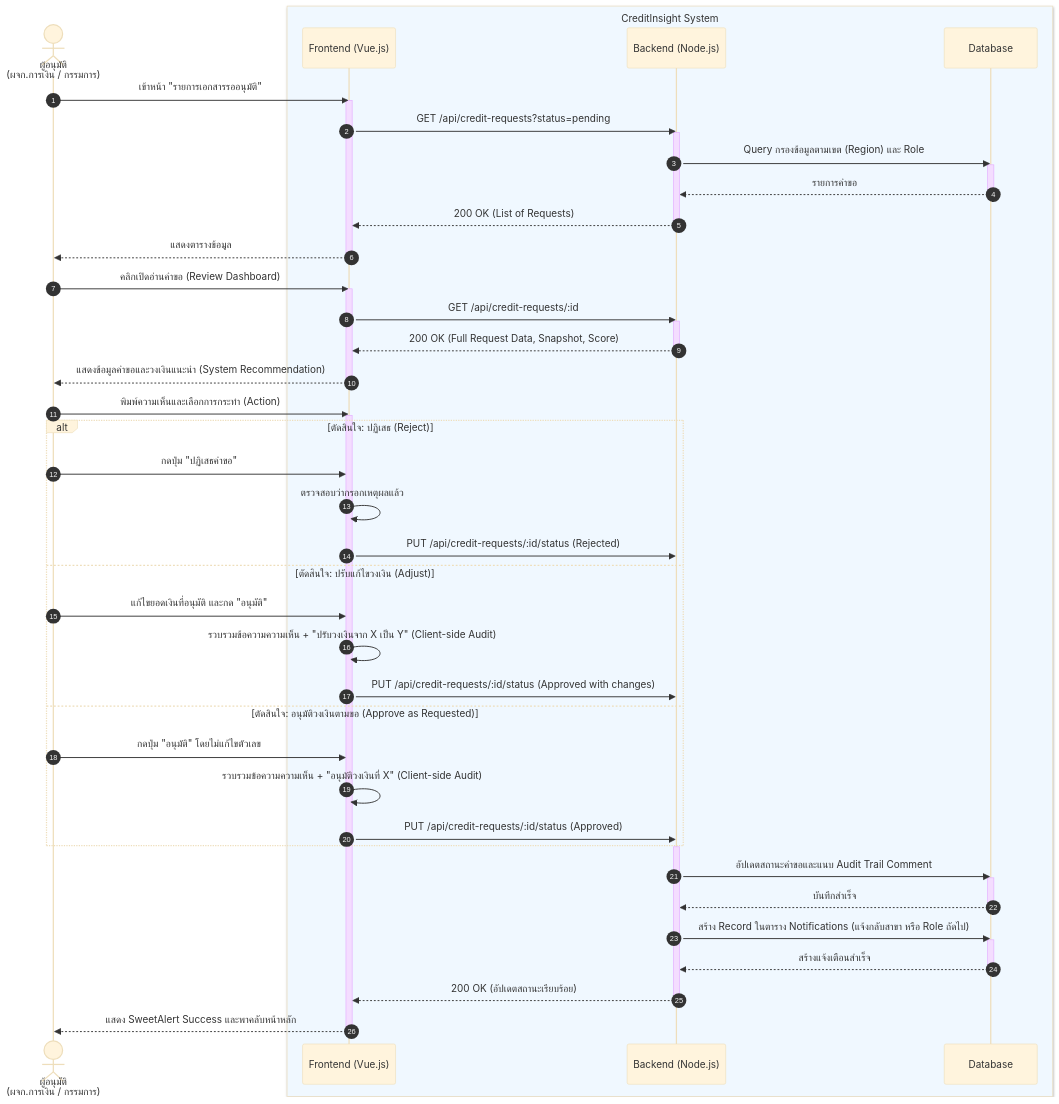
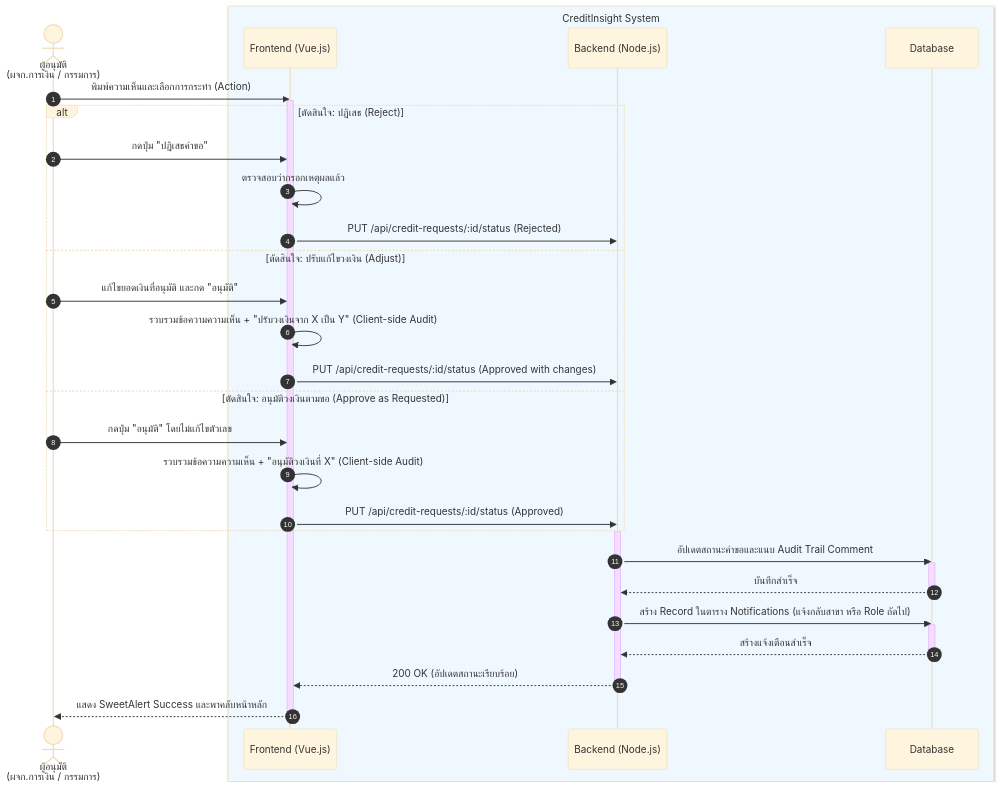
Before and after one commit to JinnawatJid/iNsightDocs: the fifth of 5 diagrams in docs/presentations/sequence_diagram.md, drawn with Mermaid (base theme). The commit also changed other lines of this file, not shown here.

Commit message:
docs(sequence): split review and approval diagrams
- Split diagram 4 into "Review Process Flow" and "Approval & Notification Flow".
- Ensure headers appropriately reflect the separated contexts.
- Retain proper activation boxes inside new diagrams.

````diff
--- a/docs/presentations/sequence_diagram.md
+++ b/docs/presentations/sequence_diagram.md
@@ -184,70 +225,47 @@
 ```mermaid
 sequenceDiagram
     autonumber
     actor App as ผู้อนุมัติ <br>(ผจก.การเงิน / กรรมการ)
 
     box rgb(240, 248, 255) CreditInsight System
         participant Vue as Frontend (Vue.js)
         participant API as Backend (Node.js)
         participant DB as Database
     end
 
-    %% 1. View Pending List & Open Request
-    App->>Vue: เข้าหน้า "รายการเอกสารรออนุมัติ"
-    activate Vue
-    Vue->>API: GET /api/credit-requests?status=pending
-    activate API
-    API->>DB: Query กรองข้อมูลตามเขต (Region) และ Role
-    activate DB
-    DB-->>API: รายการคำขอ
-    deactivate DB
-    API-->>Vue: 200 OK (List of Requests)
-    deactivate API
-    Vue-->>App: แสดงตารางข้อมูล
-    deactivate Vue
-
-    App->>Vue: คลิกเปิดอ่านคำขอ (Review Dashboard)
-    activate Vue
-    Vue->>API: GET /api/credit-requests/:id
-    activate API
-    API-->>Vue: 200 OK (Full Request Data, Snapshot, Score)
-    deactivate API
-    Vue-->>App: แสดงข้อมูลคำขอและวงเงินแนะนำ (System Recommendation)
-    deactivate Vue
-
-    %% 2. Decision Making
+    %% 1. Decision Making
     App->>Vue: พิมพ์ความเห็นและเลือกการกระทำ (Action)
     activate Vue
 
     alt ตัดสินใจ: ปฏิเสธ (Reject)
         App->>Vue: กดปุ่ม "ปฏิเสธคำขอ"
         Vue->>Vue: ตรวจสอบว่ากรอกเหตุผลแล้ว
         Vue->>API: PUT /api/credit-requests/:id/status (Rejected)
     else ตัดสินใจ: ปรับแก้ไขวงเงิน (Adjust)
         App->>Vue: แก้ไขยอดเงินที่อนุมัติ และกด "อนุมัติ"
         Vue->>Vue: รวบรวมข้อความความเห็น + "ปรับวงเงินจาก X เป็น Y" (Client-side Audit)
         Vue->>API: PUT /api/credit-requests/:id/status (Approved with changes)
     else ตัดสินใจ: อนุมัติวงเงินตามขอ (Approve as Requested)
         App->>Vue: กดปุ่ม "อนุมัติ" โดยไม่แก้ไขตัวเลข
         Vue->>Vue: รวบรวมข้อความความเห็น + "อนุมัติวงเงินที่ X" (Client-side Audit)
         Vue->>API: PUT /api/credit-requests/:id/status (Approved)
     end
 
-    %% 3. Backend Processing & Notification
+    %% 2. Backend Processing & Notification
     activate API
     API->>DB: อัปเดตสถานะคำขอและแนบ Audit Trail Comment
     activate DB
     DB-->>API: บันทึกสำเร็จ
     deactivate DB
 
     %% Notification Trigger
     API->>DB: สร้าง Record ในตาราง Notifications (แจ้งกลับสาขา หรือ Role ถัดไป)
     activate DB
     DB-->>API: สร้างแจ้งเตือนสำเร็จ
     deactivate DB
     API-->>Vue: 200 OK (อัปเดตสถานะเรียบร้อย)
     deactivate API
 
     Vue-->>App: แสดง SweetAlert Success และพาคลับหน้าหลัก
     deactivate Vue
 ```
````
